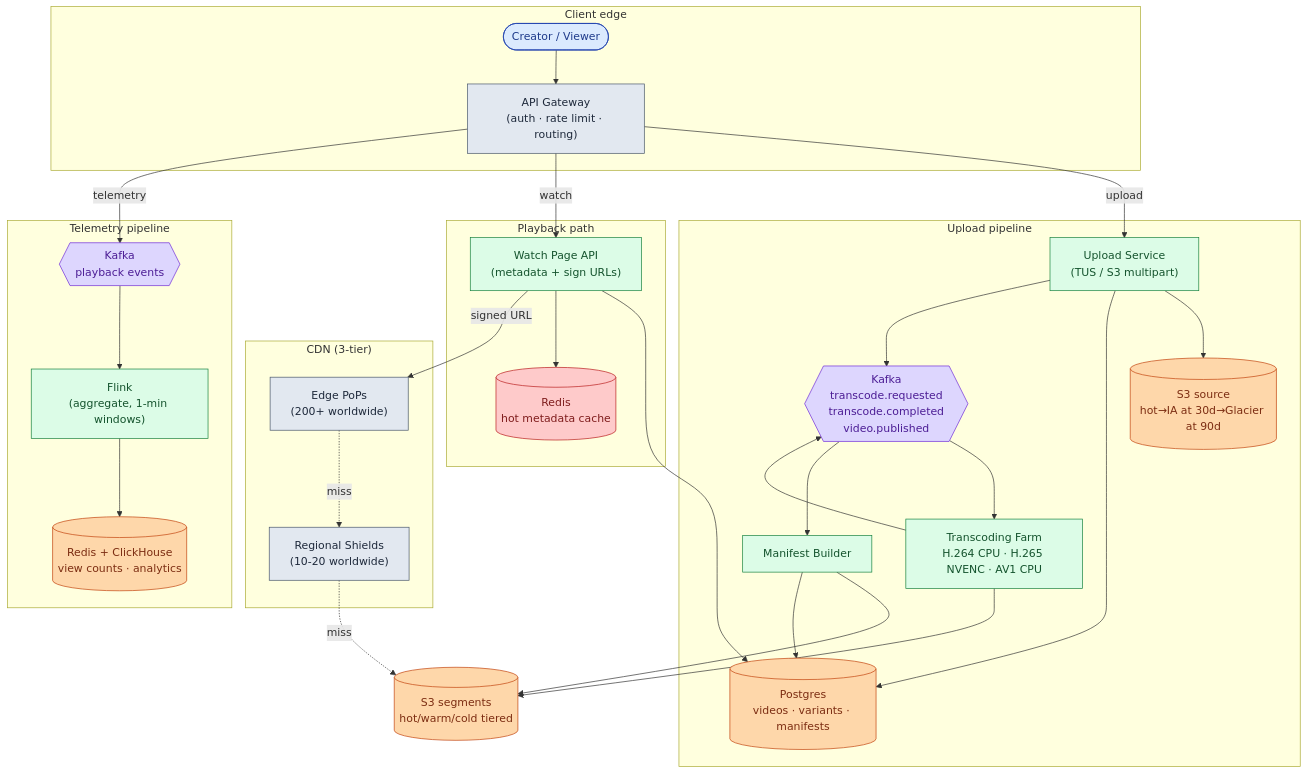
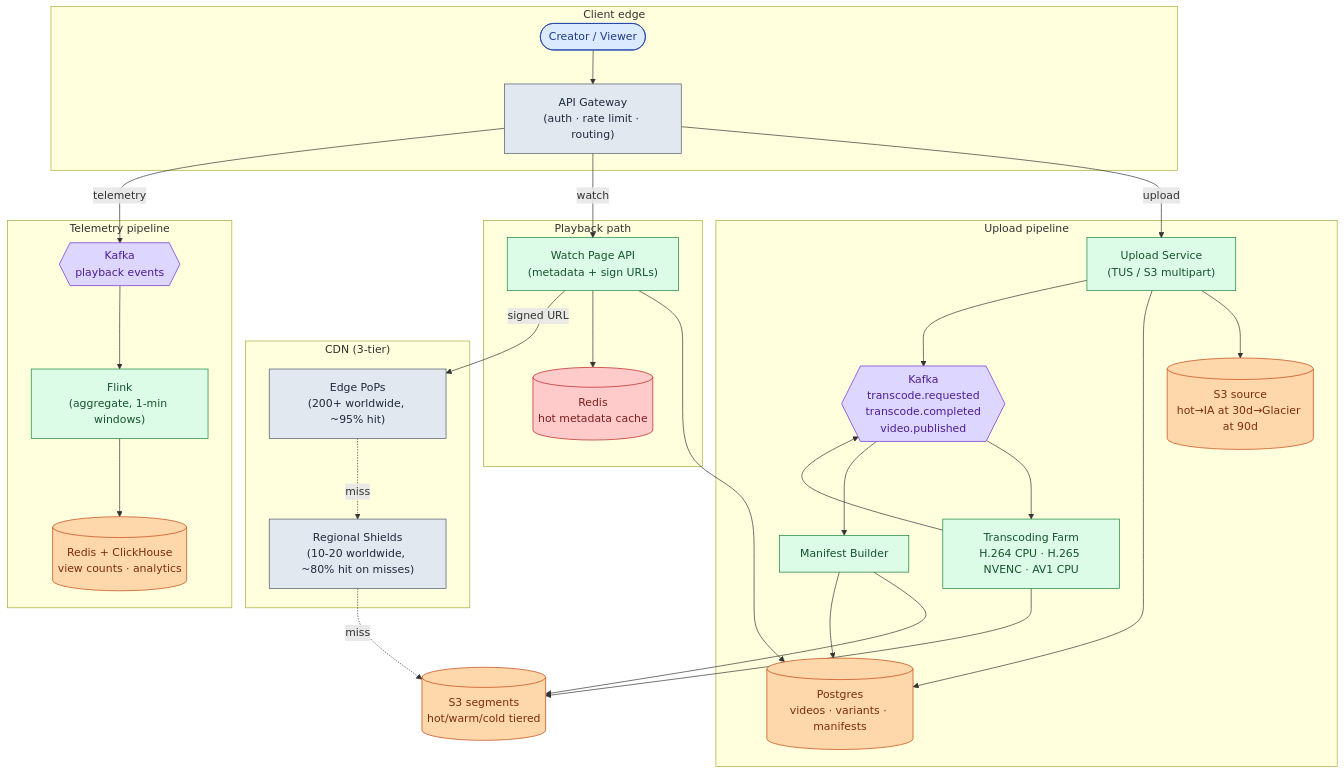
Diagram 14 of 16 in _practice/system-design/006-video-streaming.md (shiningflash/shiningflash.github.io), drawn with Mermaid before and after one commit. The commit also changed other lines of this file and 18 other files, not shown here.

````diff
--- a/_practice/system-design/006-video-streaming.md
+++ b/_practice/system-design/006-video-streaming.md
@@ -922,62 +959,62 @@
 ```mermaid
 flowchart TB
     subgraph Edge["Client edge"]
-        C([Creator / Viewer]):::user
+        C(["Creator / Viewer"]):::user
         GW["API Gateway<br/>(auth · rate limit · routing)"]:::edge
     end
 
     subgraph UploadPipeline["Upload pipeline"]
         U["Upload Service<br/>(TUS / S3 multipart)"]:::app
         S3src[("S3 source<br/>hot→IA at 30d→Glacier at 90d")]:::db
         K{{"Kafka<br/>transcode.requested<br/>transcode.completed<br/>video.published"}}:::queue
         TW["Transcoding Farm<br/>H.264 CPU · H.265 NVENC · AV1 CPU"]:::app
         MB["Manifest Builder"]:::app
         DB[("Postgres<br/>videos · variants · manifests")]:::db
     end
 
     subgraph PlaybackPath["Playback path"]
         WA["Watch Page API<br/>(metadata + sign URLs)"]:::app
         RD[("Redis<br/>hot metadata cache")]:::cache
     end
 
     S3out[("S3 segments<br/>hot/warm/cold tiered")]:::db
 
     subgraph CDNStack["CDN (3-tier)"]
-        E1["Edge PoPs<br/>(200+ worldwide)"]:::edge
-        SH["Regional Shields<br/>(10-20 worldwide)"]:::edge
+        EP["Edge PoPs<br/>(200+ worldwide, ~95% hit)"]:::edge
+        SH["Regional Shields<br/>(10-20 worldwide, ~80% hit on misses)"]:::edge
     end
 
     subgraph TelemetryStack["Telemetry pipeline"]
         TK{{"Kafka<br/>playback events"}}:::queue
         FL["Flink<br/>(aggregate, 1-min windows)"]:::app
         VDB[("Redis + ClickHouse<br/>view counts · analytics")]:::db
     end
 
     C --> GW
     GW -->|upload| U
     GW -->|watch| WA
     GW -->|telemetry| TK
     U --> S3src
     U --> DB
     U --> K
     K --> TW
     TW --> S3out
     TW --> K
     K --> MB
     MB --> S3out
     MB --> DB
     WA --> DB
     WA --> RD
-    WA -->|signed URL| E1
-    E1 -.miss.-> SH
+    WA -->|"signed URL"| EP
+    EP -.miss.-> SH
     SH -.miss.-> S3out
     TK --> FL
     FL --> VDB
 
     classDef user  fill:#dbeafe,stroke:#1e40af,color:#1e3a8a
     classDef edge  fill:#e2e8f0,stroke:#475569,color:#1e293b
     classDef app   fill:#dcfce7,stroke:#15803d,color:#14532d
     classDef db    fill:#fed7aa,stroke:#c2410c,color:#7c2d12
     classDef cache fill:#fecaca,stroke:#b91c1c,color:#7f1d1d
     classDef queue fill:#ddd6fe,stroke:#6d28d9,color:#4c1d95
 ```
````
